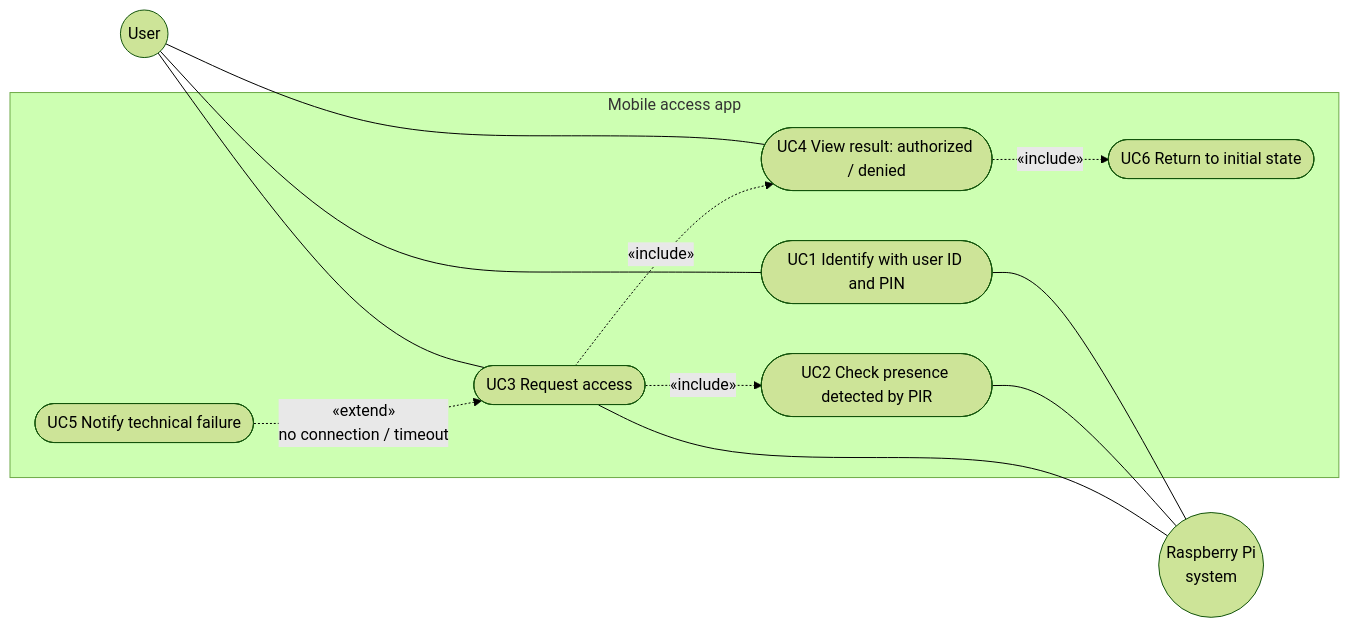
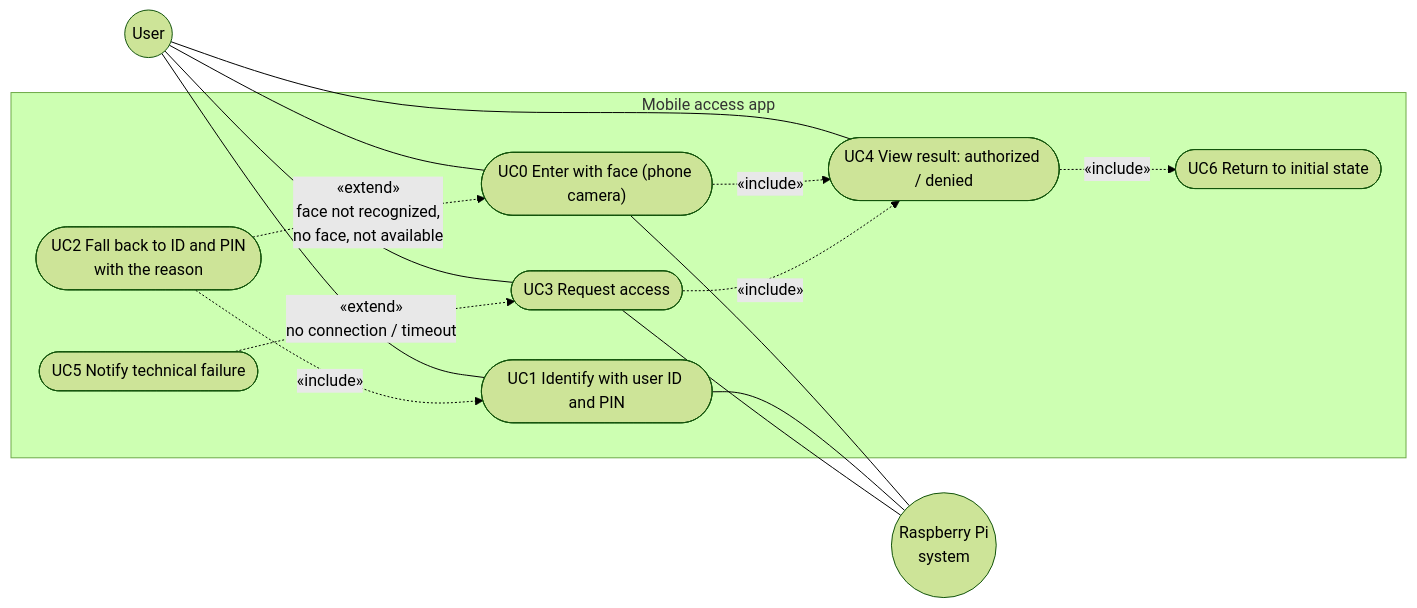
Before and after one commit to MrGodie/ControlAccesoRPI: the diagram in docs/use_cases.md, drawn with Mermaid (forest theme). The commit also changed 12 other files, not shown here.

````diff
--- a/docs/use_cases.md
+++ b/docs/use_cases.md
@@ -1,27 +1,31 @@
 ```mermaid
 flowchart LR
     U(("User"))
     RPI(("Raspberry Pi<br/>system"))
 
     subgraph APP["Mobile access app"]
+        UC0(["UC0 Enter with face (phone camera)"])
         UC1(["UC1 Identify with user ID and PIN"])
-        UC2(["UC2 Check presence detected by PIR"])
+        UC2(["UC2 Fall back to ID and PIN<br/>with the reason"])
         UC3(["UC3 Request access"])
         UC4(["UC4 View result: authorized / denied"])
         UC5(["UC5 Notify technical failure"])
         UC6(["UC6 Return to initial state"])
     end
 
+    U --- UC0
     U --- UC1
     U --- UC3
     U --- UC4
 
-    UC3 -.->|«include»| UC2
+    UC0 -.->|«include»| UC4
+    UC2 -.->|«extend»<br/>face not recognized,<br/>no face, not available| UC0
+    UC2 -.->|«include»| UC1
     UC3 -.->|«include»| UC4
     UC5 -.->|«extend»<br/>no connection / timeout| UC3
     UC4 -.->|«include»| UC6
 
+    UC0 --- RPI
     UC1 --- RPI
-    UC2 --- RPI
     UC3 --- RPI
 ```
````
